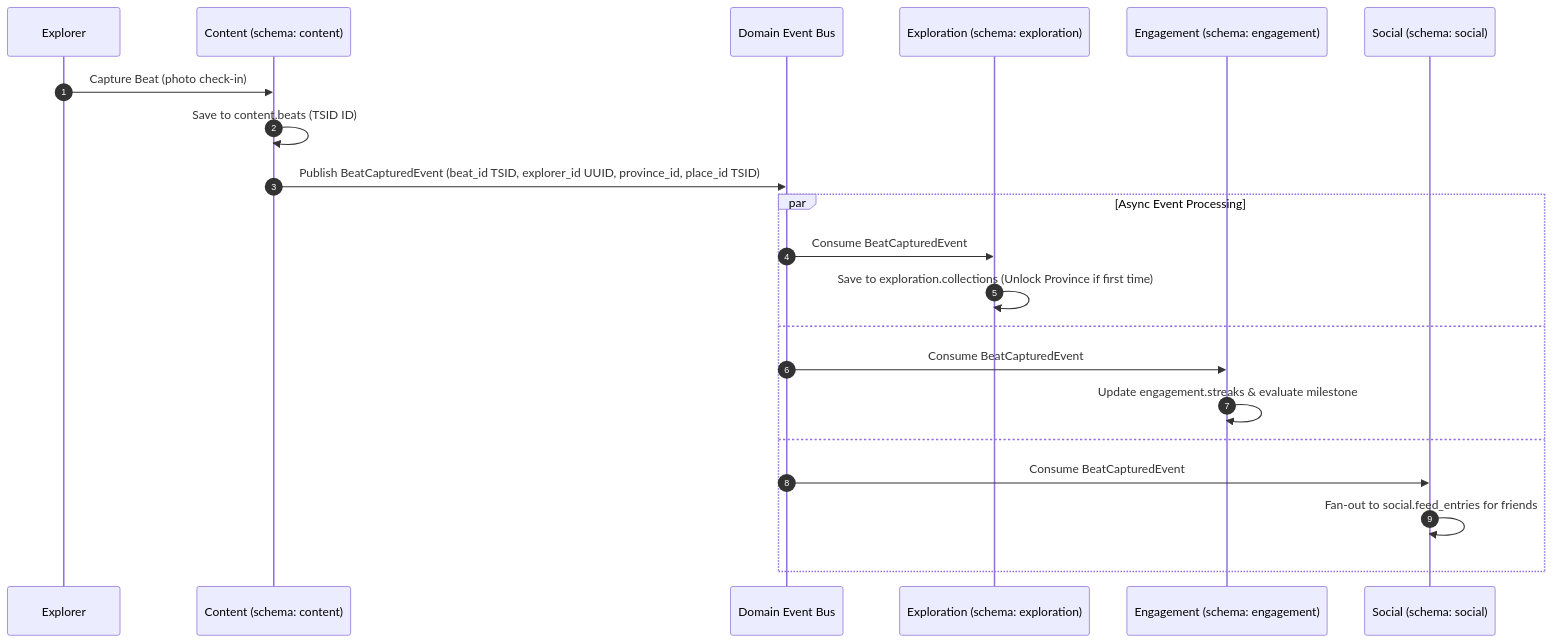
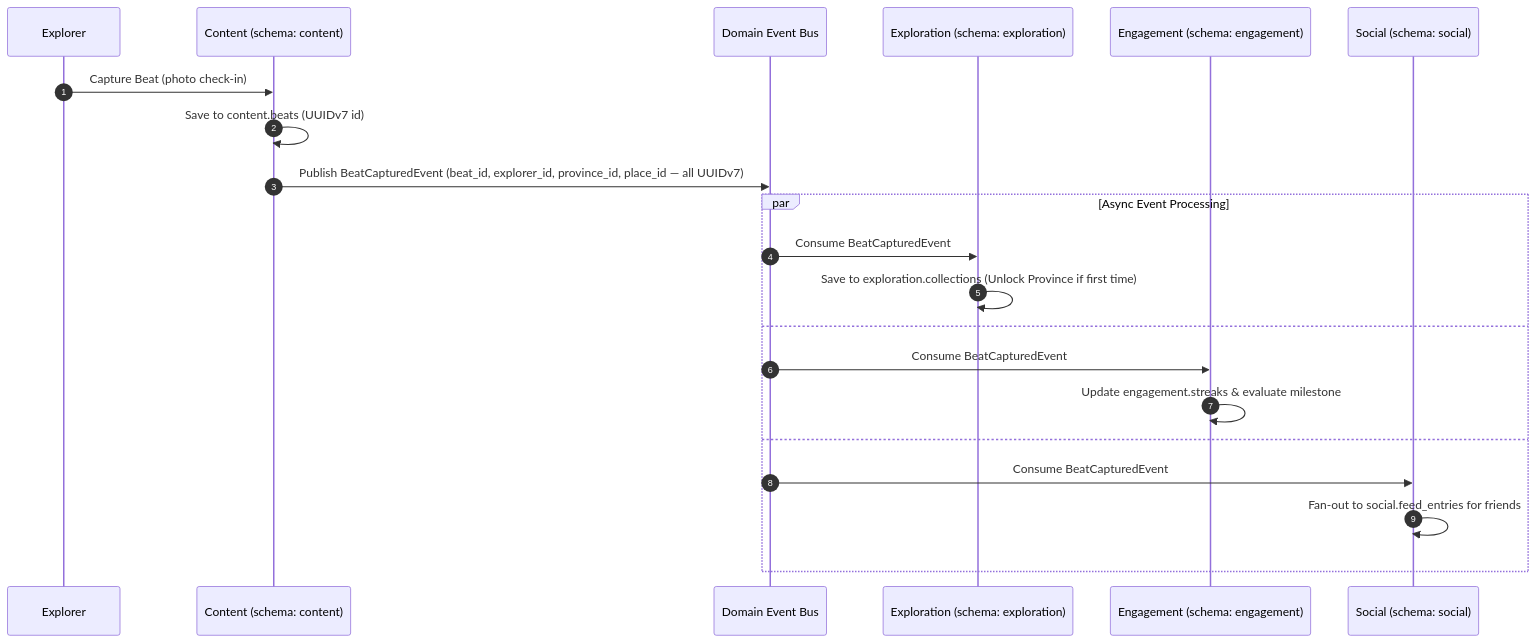
The second of 2 diagrams in specs/003-modular-database-schemas/contracts/data-schemas-er-diagram.md (Vie-Go/viego-monorepo), drawn with Mermaid before and after one commit. The commit also changed other lines of this file and 66 other files, not shown here.

First line of the commit message:
feat: Implement notification module with UUIDv7 primary keys

````diff
--- a/specs/003-modular-database-schemas/contracts/data-schemas-er-diagram.md
+++ b/specs/003-modular-database-schemas/contracts/data-schemas-er-diagram.md
@@ -99,25 +99,25 @@
 ```mermaid
 sequenceDiagram
     autonumber
     participant Explorer
     participant ContentModule as Content (schema: content)
     participant EventBus as Domain Event Bus
     participant ExplorationModule as Exploration (schema: exploration)
     participant EngagementModule as Engagement (schema: engagement)
     participant SocialModule as Social (schema: social)
 
     Explorer->>ContentModule: Capture Beat (photo check-in)
-    ContentModule->>ContentModule: Save to content.beats (TSID ID)
-    ContentModule->>EventBus: Publish BeatCapturedEvent (beat_id TSID, explorer_id UUID, province_id, place_id TSID)
+    ContentModule->>ContentModule: Save to content.beats (UUIDv7 id)
+    ContentModule->>EventBus: Publish BeatCapturedEvent (beat_id, explorer_id, province_id, place_id — all UUIDv7)
     
     par Async Event Processing
         EventBus->>ExplorationModule: Consume BeatCapturedEvent
         ExplorationModule->>ExplorationModule: Save to exploration.collections (Unlock Province if first time)
     and
         EventBus->>EngagementModule: Consume BeatCapturedEvent
         EngagementModule->>EngagementModule: Update engagement.streaks & evaluate milestone
     and
         EventBus->>SocialModule: Consume BeatCapturedEvent
         SocialModule->>SocialModule: Fan-out to social.feed_entries for friends
     end
 ```
````
